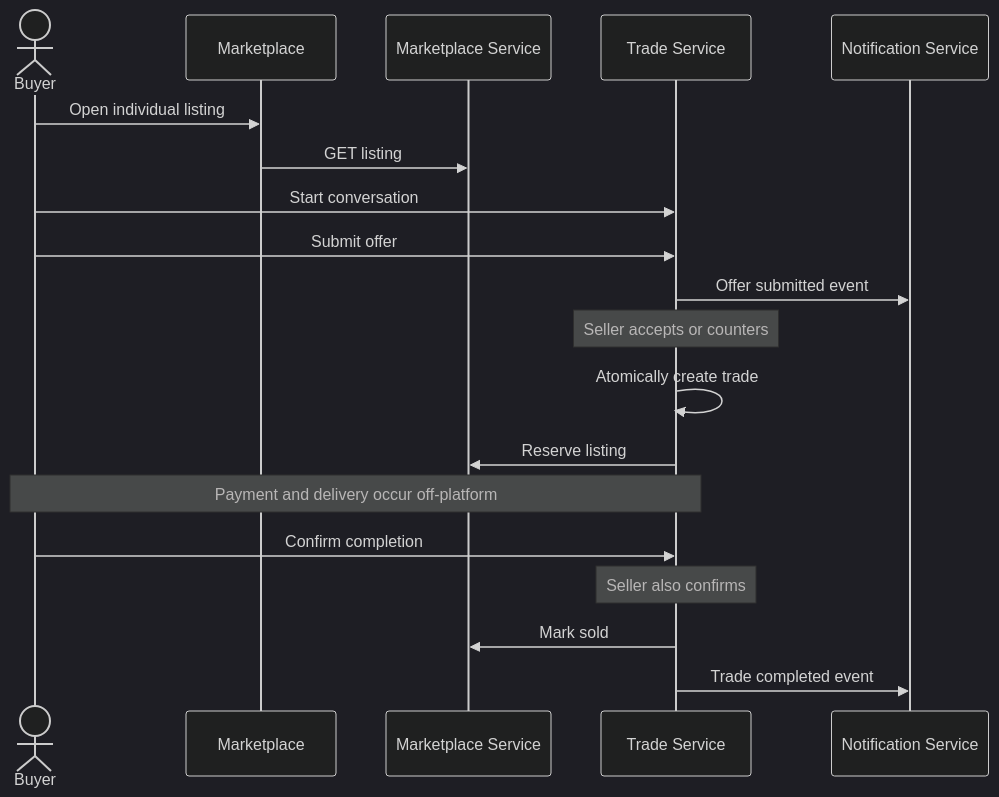
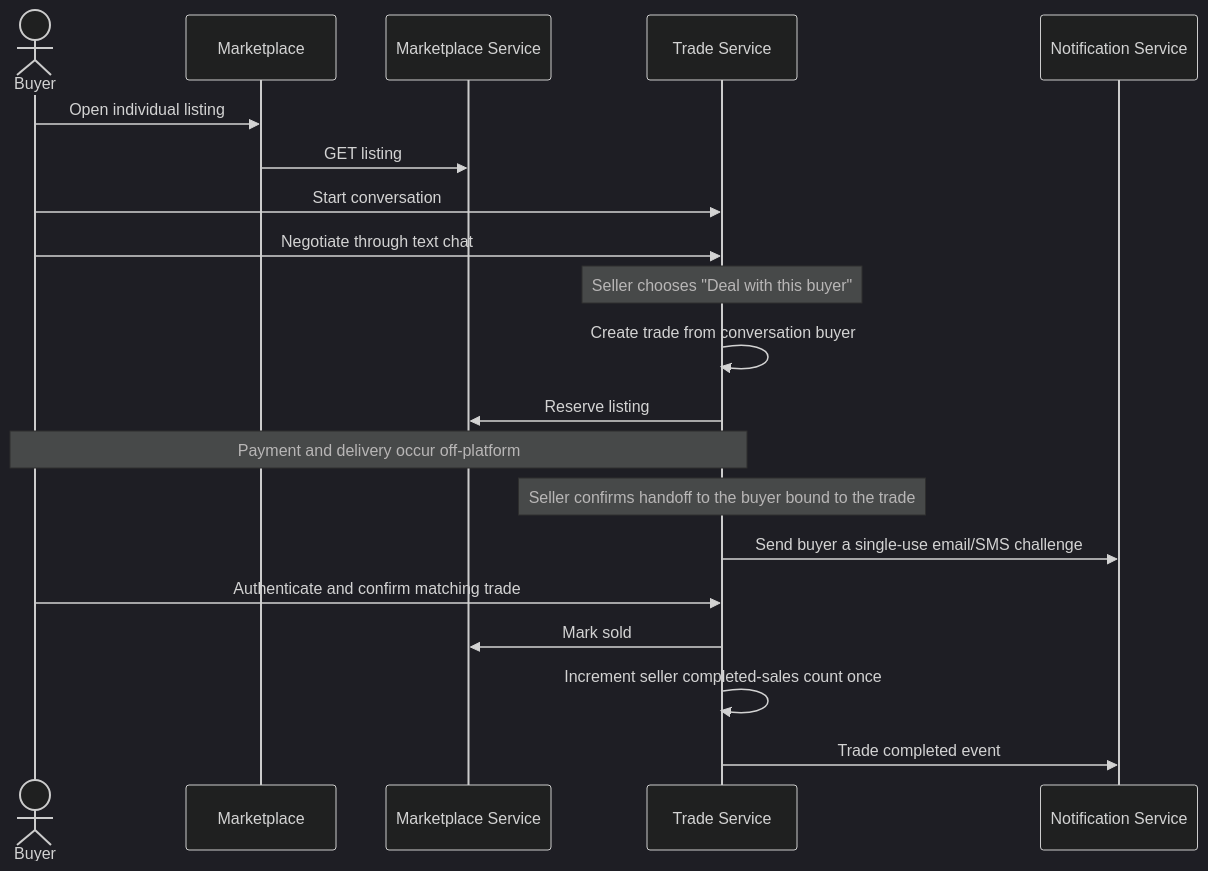
Before and after one commit to tiancaiq/JianShang-e-commerce: the second of 3 diagrams in docs/mvp/architecture.md, drawn with Mermaid (dark theme). The commit also changed other lines of this file and 5 other files, not shown here.

````diff
--- a/docs/mvp/architecture.md
+++ b/docs/mvp/architecture.md
@@ -245,22 +313,23 @@
 ```mermaid
 sequenceDiagram
     actor Buyer
     participant Web as Marketplace
     participant Listing as Marketplace Service
     participant Trade as Trade Service
     participant Notify as Notification Service
 
     Buyer->>Web: Open individual listing
     Web->>Listing: GET listing
     Buyer->>Trade: Start conversation
-    Buyer->>Trade: Submit offer
-    Trade->>Notify: Offer submitted event
-    Note over Trade: Seller accepts or counters
-    Trade->>Trade: Atomically create trade
+    Buyer->>Trade: Negotiate through text chat
+    Note over Trade: Seller chooses "Deal with this buyer"
+    Trade->>Trade: Create trade from conversation buyer
     Trade->>Listing: Reserve listing
     Note over Buyer,Trade: Payment and delivery occur off-platform
-    Buyer->>Trade: Confirm completion
-    Note over Trade: Seller also confirms
+    Note over Trade: Seller confirms handoff to the buyer bound to the trade
+    Trade->>Notify: Send buyer a single-use email/SMS challenge
+    Buyer->>Trade: Authenticate and confirm matching trade
     Trade->>Listing: Mark sold
+    Trade->>Trade: Increment seller completed-sales count once
     Trade->>Notify: Trade completed event
 ```
````
